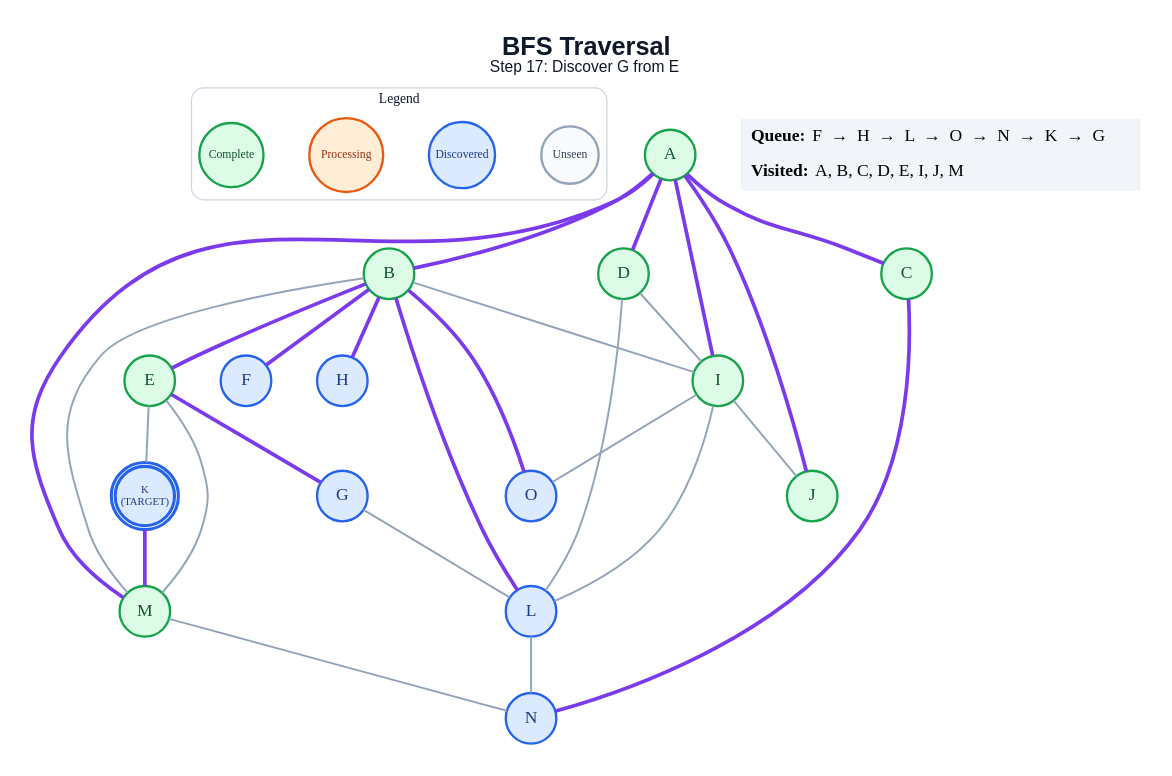
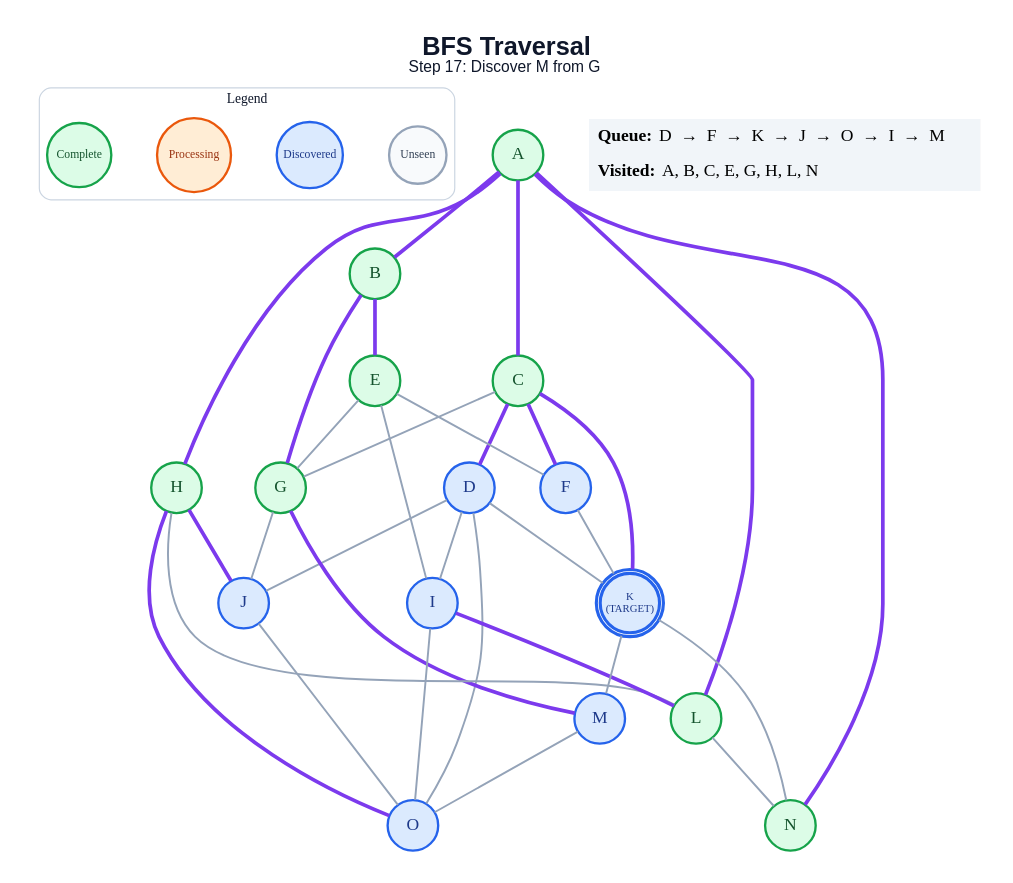
The diagram in generated/specific-node/bfs/step_17.dot (anon7238593-create/ai-slop), drawn with Graphviz before and after one commit. The commit also changed 235 other files, not shown here.

```diff
--- a/generated/specific-node/bfs/step_17.dot
+++ b/generated/specific-node/bfs/step_17.dot
@@ -1,60 +1,65 @@
 graph traversal {
   graph [layout=dot, rankdir=TB, bgcolor="#FFFFFF", pad="0.35", nodesep="0.65", ranksep="0.8", fontname="Arial"];
   node [shape=circle, style="filled", fontname="Arial Bold", fontsize=18, width=0.72, fixedsize=true, penwidth=2.4];
   edge [color="#94A3B8", penwidth=2.0];
-  label=<<B>BFS Traversal</B><BR/><FONT POINT-SIZE="16">Step 17: Discover G from E</FONT>>; labelloc="t"; fontsize=26; fontname="Arial"; fontcolor="#0F172A";
+  label=<<B>BFS Traversal</B><BR/><FONT POINT-SIZE="16">Step 17: Discover M from G</FONT>>; labelloc="t"; fontsize=26; fontname="Arial"; fontcolor="#0F172A";
   subgraph cluster_legend { label="Legend"; color="#CBD5E1"; penwidth=1.2; style="rounded"; fontsize=14; fontname="Arial Bold";
     key_unseen [label="Unseen", fillcolor="#F8FAFC", color="#94A3B8", fontcolor="#334155", fontsize=12, width=0.82];
     key_frontier [label="Discovered", fillcolor="#DBEAFE", color="#2563EB", fontcolor="#1E3A8A", fontsize=12, width=0.95];
     key_current [label="Processing", fillcolor="#FFEDD5", color="#EA580C", fontcolor="#9A3412", fontsize=12, width=1.05];
     key_done [label="Complete", fillcolor="#DCFCE7", color="#16A34A", fontcolor="#14532D", fontsize=12, width=0.92];
     { rank=same; key_unseen; key_frontier; key_current; key_done; }
   }
   A [label="A", fillcolor="#DCFCE7", color="#16A34A", fontcolor="#14532D", peripheries=1, penwidth=2.4];
   B [label="B", fillcolor="#DCFCE7", color="#16A34A", fontcolor="#14532D", peripheries=1, penwidth=2.4];
   C [label="C", fillcolor="#DCFCE7", color="#16A34A", fontcolor="#14532D", peripheries=1, penwidth=2.4];
-  D [label="D", fillcolor="#DCFCE7", color="#16A34A", fontcolor="#14532D", peripheries=1, penwidth=2.4];
+  D [label="D", fillcolor="#DBEAFE", color="#2563EB", fontcolor="#1E3A8A", peripheries=1, penwidth=2.4];
   E [label="E", fillcolor="#DCFCE7", color="#16A34A", fontcolor="#14532D", peripheries=1, penwidth=2.4];
   F [label="F", fillcolor="#DBEAFE", color="#2563EB", fontcolor="#1E3A8A", peripheries=1, penwidth=2.4];
-  G [label="G", fillcolor="#DBEAFE", color="#2563EB", fontcolor="#1E3A8A", peripheries=1, penwidth=2.4];
-  H [label="H", fillcolor="#DBEAFE", color="#2563EB", fontcolor="#1E3A8A", peripheries=1, penwidth=2.4];
-  I [label="I", fillcolor="#DCFCE7", color="#16A34A", fontcolor="#14532D", peripheries=1, penwidth=2.4];
-  J [label="J", fillcolor="#DCFCE7", color="#16A34A", fontcolor="#14532D", peripheries=1, penwidth=2.4];
+  G [label="G", fillcolor="#DCFCE7", color="#16A34A", fontcolor="#14532D", peripheries=1, penwidth=2.4];
+  H [label="H", fillcolor="#DCFCE7", color="#16A34A", fontcolor="#14532D", peripheries=1, penwidth=2.4];
+  I [label="I", fillcolor="#DBEAFE", color="#2563EB", fontcolor="#1E3A8A", peripheries=1, penwidth=2.4];
+  J [label="J", fillcolor="#DBEAFE", color="#2563EB", fontcolor="#1E3A8A", peripheries=1, penwidth=2.4];
   K [label="K\n(TARGET)", fillcolor="#DBEAFE", color="#2563EB", fontcolor="#1E3A8A", peripheries=2, penwidth=3.2, fontsize=11, width=0.85, height=0.85];
-  L [label="L", fillcolor="#DBEAFE", color="#2563EB", fontcolor="#1E3A8A", peripheries=1, penwidth=2.4];
-  M [label="M", fillcolor="#DCFCE7", color="#16A34A", fontcolor="#14532D", peripheries=1, penwidth=2.4];
-  N [label="N", fillcolor="#DBEAFE", color="#2563EB", fontcolor="#1E3A8A", peripheries=1, penwidth=2.4];
+  L [label="L", fillcolor="#DCFCE7", color="#16A34A", fontcolor="#14532D", peripheries=1, penwidth=2.4];
+  M [label="M", fillcolor="#DBEAFE", color="#2563EB", fontcolor="#1E3A8A", peripheries=1, penwidth=2.4];
+  N [label="N", fillcolor="#DCFCE7", color="#16A34A", fontcolor="#14532D", peripheries=1, penwidth=2.4];
   O [label="O", fillcolor="#DBEAFE", color="#2563EB", fontcolor="#1E3A8A", peripheries=1, penwidth=2.4];
   A -- B [color="#7C3AED", penwidth=3.8];
   A -- C [color="#7C3AED", penwidth=3.8];
-  A -- D [color="#7C3AED", penwidth=3.8];
-  A -- I [color="#7C3AED", penwidth=3.8];
-  A -- J [color="#7C3AED", penwidth=3.8];
-  A -- M [color="#7C3AED", penwidth=3.8];
+  A -- H [color="#7C3AED", penwidth=3.8];
+  A -- L [color="#7C3AED", penwidth=3.8];
+  A -- N [color="#7C3AED", penwidth=3.8];
   B -- E [color="#7C3AED", penwidth=3.8];
-  B -- F [color="#7C3AED", penwidth=3.8];
-  B -- H [color="#7C3AED", penwidth=3.8];
-  B -- I;
-  B -- L [color="#7C3AED", penwidth=3.8];
-  B -- M;
-  B -- O [color="#7C3AED", penwidth=3.8];
-  C -- N [color="#7C3AED", penwidth=3.8];
+  B -- G [color="#7C3AED", penwidth=3.8];
+  C -- D [color="#7C3AED", penwidth=3.8];
+  C -- F [color="#7C3AED", penwidth=3.8];
+  C -- G;
+  C -- K [color="#7C3AED", penwidth=3.8];
   D -- I;
-  D -- L;
-  E -- G [color="#7C3AED", penwidth=3.8];
-  E -- K;
-  E -- M;
-  G -- L;
-  I -- J;
-  I -- L;
+  D -- J;
+  D -- K;
+  D -- O;
+  E -- F;
+  E -- G;
+  E -- I;
+  F -- K;
+  G -- J;
+  G -- M [color="#7C3AED", penwidth=3.8];
+  H -- J [color="#7C3AED", penwidth=3.8];
+  H -- L;
+  H -- O [color="#7C3AED", penwidth=3.8];
+  I -- L [color="#7C3AED", penwidth=3.8];
   I -- O;
-  K -- M [color="#7C3AED", penwidth=3.8];
+  J -- O;
+  K -- M;
+  K -- N;
   L -- N;
-  M -- N;
+  M -- O;
   status [shape=plain, fixedsize=false, width=0, height=0, margin=0, label=<
     <TABLE BORDER="0" CELLBORDER="0" CELLPADDING="7" BGCOLOR="#F1F5F9">
-      <TR><TD ALIGN="LEFT"><B>Queue:</B> F  →  H  →  L  →  O  →  N  →  K  →  G</TD></TR>
-      <TR><TD ALIGN="LEFT"><B>Visited:</B> A, B, C, D, E, I, J, M</TD></TR>
+      <TR><TD ALIGN="LEFT"><B>Queue:</B> D  →  F  →  K  →  J  →  O  →  I  →  M</TD></TR>
+      <TR><TD ALIGN="LEFT"><B>Visited:</B> A, B, C, E, G, H, L, N</TD></TR>
     </TABLE>
   >];
 }
```
